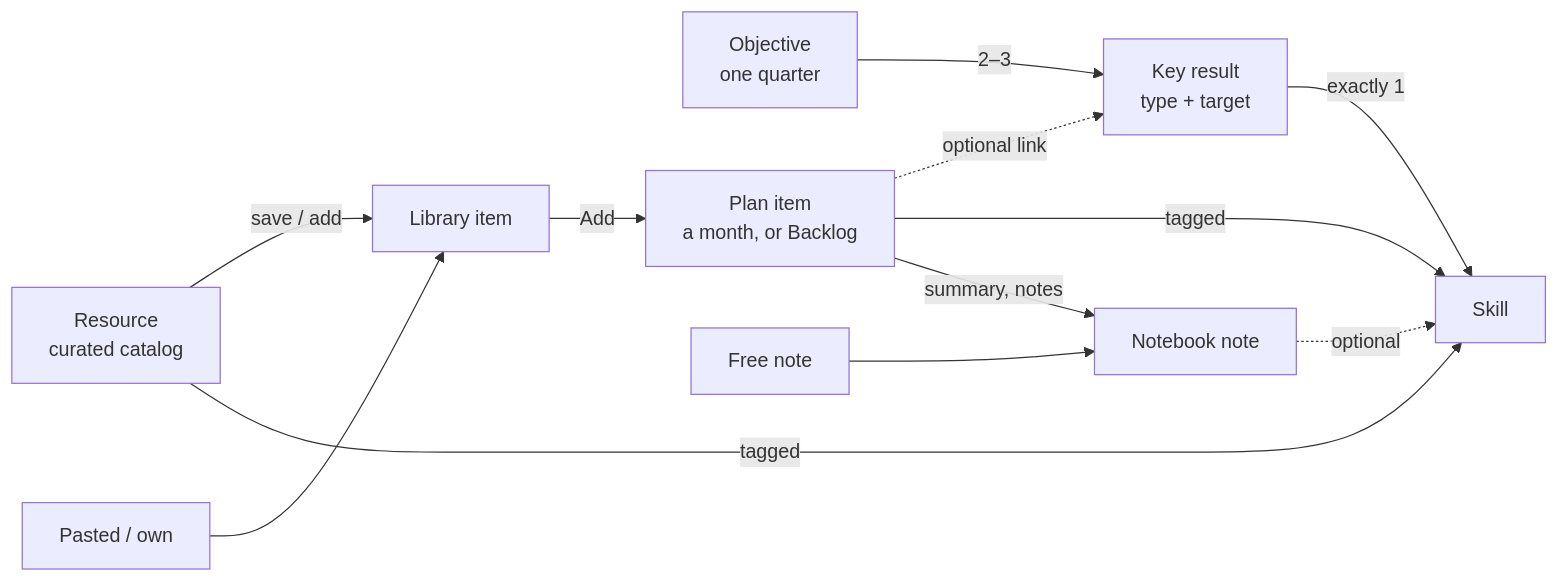
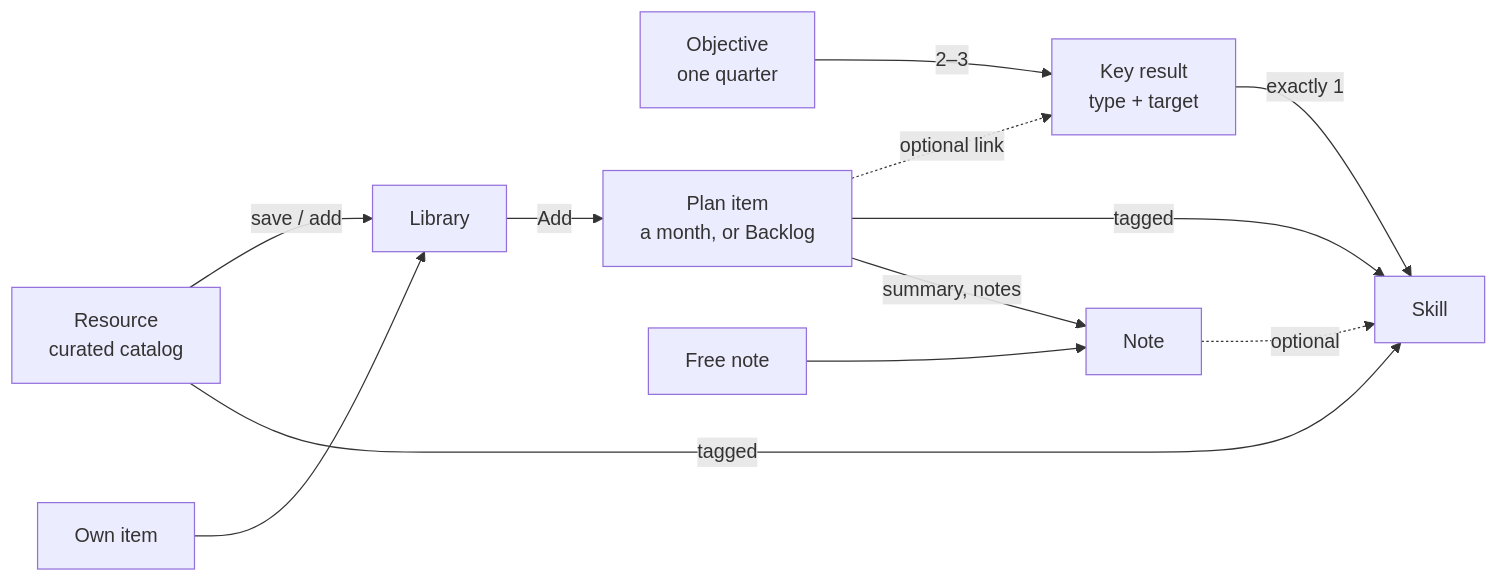
The ninth of 9 diagrams in docs/design/ux-flows.md (amojahedi/growloop), drawn with Mermaid before and after one commit. The commit also changed other lines of this file and 20 other files, not shown here.

````diff
--- a/docs/design/ux-flows.md
+++ b/docs/design/ux-flows.md
@@ -380,14 +287,14 @@
 ```mermaid
 flowchart LR
   obj["Objective<br/>one quarter"] -->|"2–3"| kr["Key result<br/>type + target"]
   kr -->|"exactly 1"| sk["Skill"]
-  res["Resource<br/>curated catalog"] -->|"save / add"| lib["Library item"]
-  own["Pasted / own"] --> lib
+  res["Resource<br/>curated catalog"] -->|"save / add"| lib["Library"]
+  own["Own item"] --> lib
   lib -->|"Add"| pi["Plan item<br/>a month, or Backlog"]
   pi -.->|"optional link"| kr
   pi -->|"tagged"| sk
   res -->|"tagged"| sk
-  pi -->|"summary, notes"| note["Notebook note"]
+  pi -->|"summary, notes"| note["Note"]
   free["Free note"] --> note
   note -.->|"optional"| sk
 ```
````
